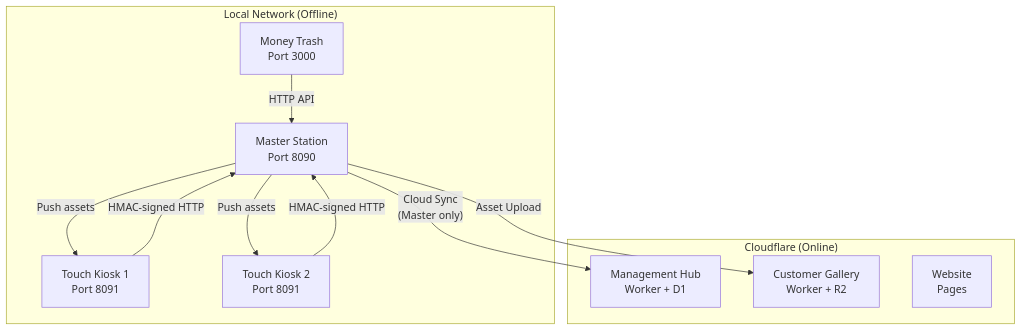
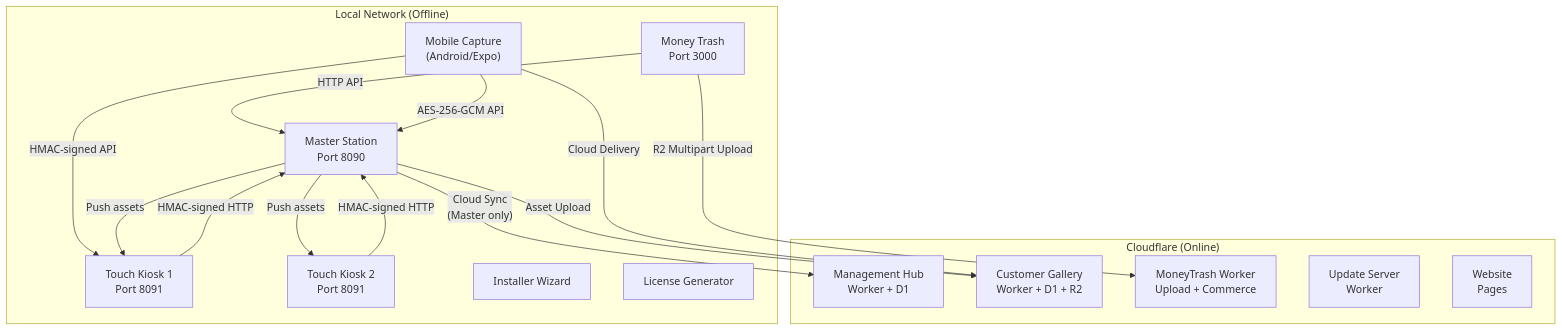
Before and after one commit to clickflashoffice-spec/ClickFlash: the diagram in docs/ARCHITECTURE.md, drawn with Mermaid. The commit also changed other lines of this file and 654 other files, not shown here.

````diff
--- a/docs/ARCHITECTURE.md
+++ b/docs/ARCHITECTURE.md
@@ -7,24 +7,33 @@
 ```mermaid
 graph TB
     subgraph LOCAL["Local Network (Offline)"]
         M["Master Station<br/>Port 8090"]
         T1["Touch Kiosk 1<br/>Port 8091"]
         T2["Touch Kiosk 2<br/>Port 8091"]
         MT["Money Trash<br/>Port 3000"]
+        MOB["Mobile Capture<br/>(Android/Expo)"]
+        INST["Installer Wizard"]
+        LIC["License Generator"]
         
         T1 -->|"HMAC-signed HTTP"| M
         T2 -->|"HMAC-signed HTTP"| M
         MT -->|"HTTP API"| M
+        MOB -->|"AES-256-GCM API"| M
+        MOB -->|"HMAC-signed API"| T1
         M -->|"Push assets"| T1
         M -->|"Push assets"| T2
     end
     
     subgraph CLOUD["Cloudflare (Online)"]
         HUB["Management Hub<br/>Worker + D1"]
-        GAL["Customer Gallery<br/>Worker + R2"]
+        GAL["Customer Gallery<br/>Worker + D1 + R2"]
+        MTW["MoneyTrash Worker<br/>Upload + Commerce"]
+        UPD["Update Server<br/>Worker"]
         WEB["Website<br/>Pages"]
     end
     
     M -->|"Cloud Sync<br/>(Master only)"| HUB
     M -->|"Asset Upload"| GAL
+    MT -->|"R2 Multipart Upload"| MTW
+    MOB -->|"Cloud Delivery"| GAL
 ```
````
